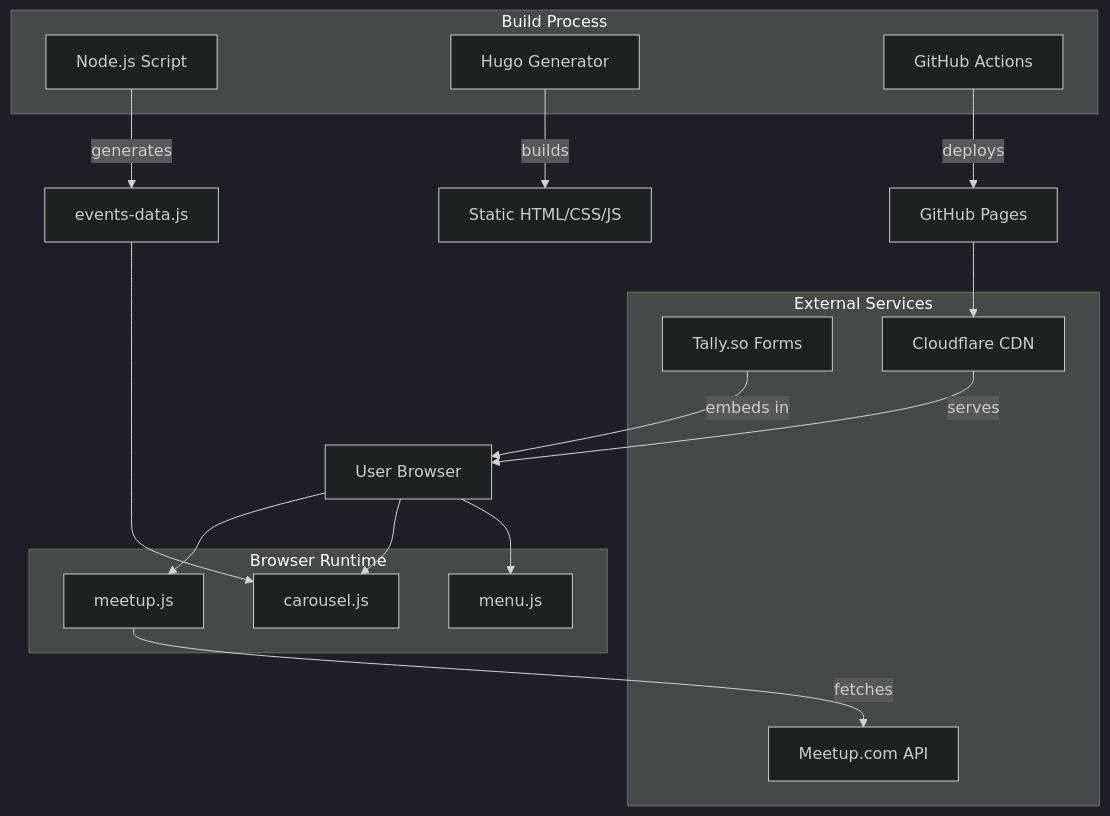
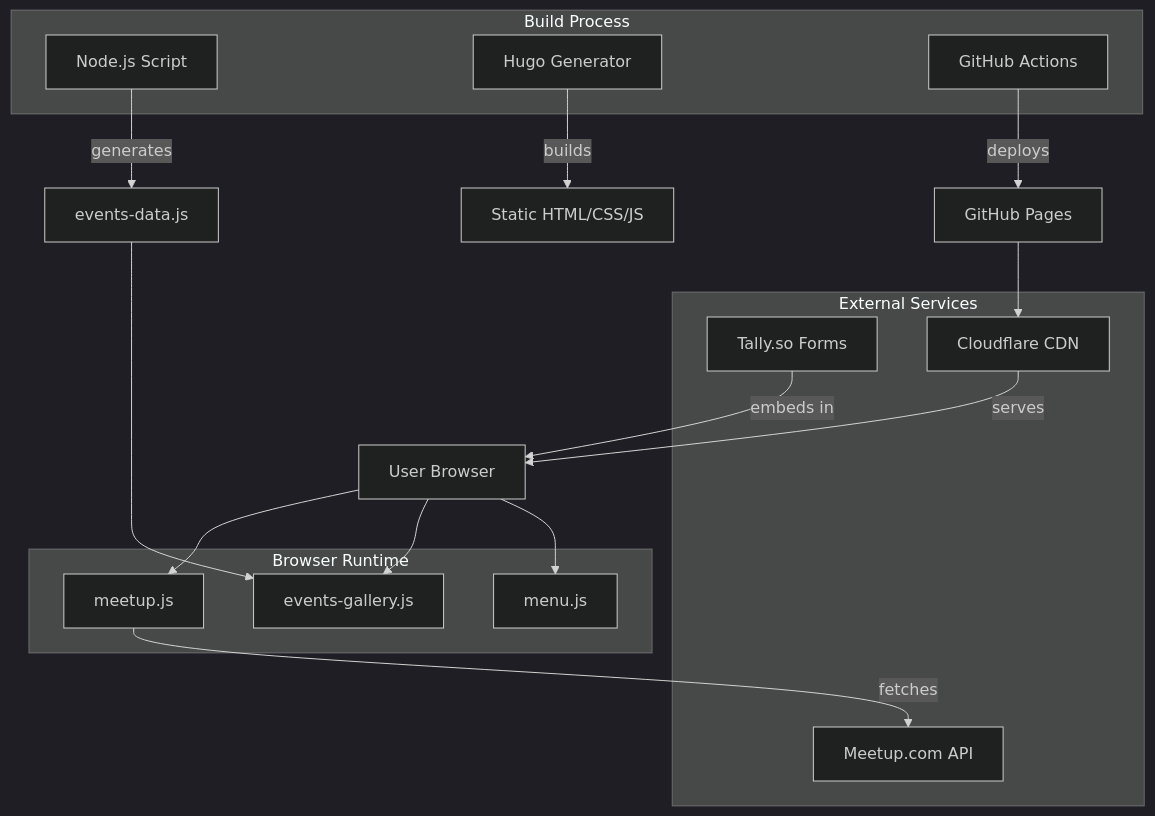
One commit to CODE-Community-of-Developers-Engineers/website-frontpage changed the first of 3 diagrams in README.md. Above: the diagram before and after it, drawn with Mermaid (dark theme). The commit also changed other lines of this file and 61 other files, not shown here.

````diff
--- a/README.md
+++ b/README.md
@@ -52,33 +51,33 @@
 ```mermaid
 flowchart TB
     subgraph External["External Services"]
         Meetup[Meetup.com API]
         Tally[Tally.so Forms]
         CF[Cloudflare CDN]
     end
 
     subgraph Build["Build Process"]
         Node[Node.js Script]
         Hugo[Hugo Generator]
         GHA[GitHub Actions]
     end
 
     subgraph Runtime["Browser Runtime"]
         Menu[menu.js]
-        Carousel[carousel.js]
+        Carousel[events-gallery.js]
         MeetupJS[meetup.js]
     end
 
     Node -->|generates| EventsData[events-data.js]
     Hugo -->|builds| Static[Static HTML/CSS/JS]
     GHA -->|deploys| GHP[GitHub Pages]
     GHP --> CF
     CF -->|serves| Browser[User Browser]
 
     Browser --> Menu
     Browser --> Carousel
     Browser --> MeetupJS
     EventsData --> Carousel
     MeetupJS -->|fetches| Meetup
     Tally -->|embeds in| Browser
 ```
````
